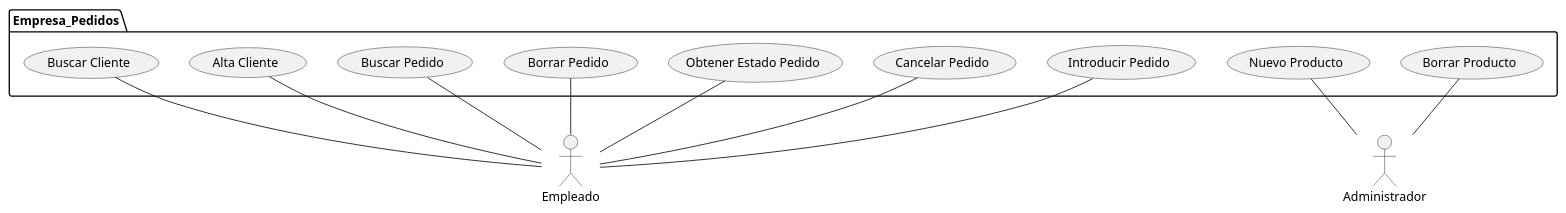
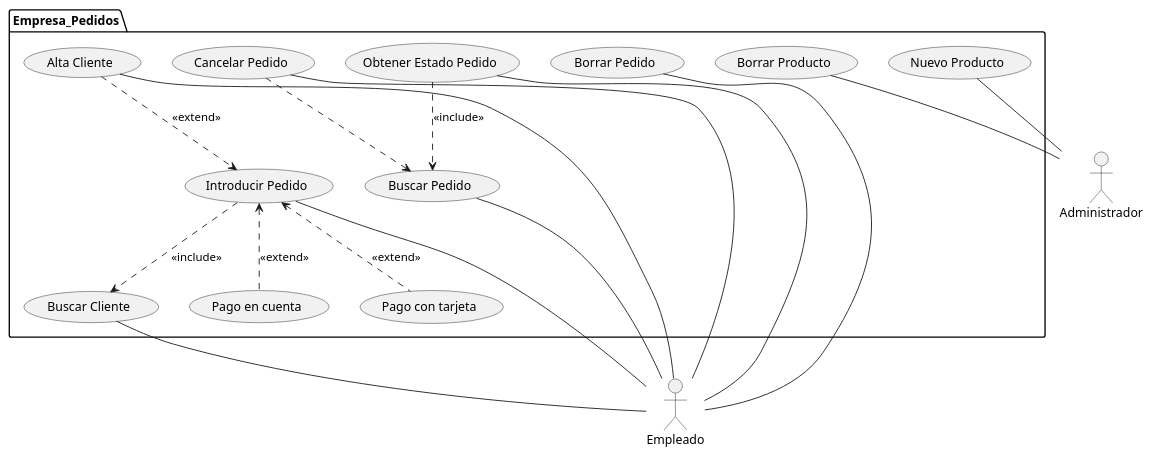
Before and after one commit to Ivandorum/CasosUML2: the diagram in Ejemplo de diagramas.puml, drawn with PlantUML.

Commit message:
Añadido las relaciones de inclusion de los diagramas

```diff
--- a/Ejemplo de diagramas.puml
+++ b/Ejemplo de diagramas.puml
@@ -1,16 +1,24 @@
 @startuml
 
 :Empleado:
 :Administrador:
 package Empresa_Pedidos {
     (Introducir Pedido) -- Empleado
     (Cancelar Pedido) -- Empleado
     (Obtener Estado Pedido) -- Empleado
     (Borrar Pedido) -- Empleado
     (Buscar Pedido) -- Empleado
     (Alta Cliente) -- Empleado
     (Buscar Cliente) -- Empleado
+
     (Nuevo Producto) -- Administrador
     (Borrar Producto) -- Administrador
+
+    (Alta Cliente) ..> (Introducir Pedido): <<extend>>
+    (Introducir Pedido)..>(Buscar Cliente):<<include>>
+    (Obtener Estado Pedido)..>(Buscar Pedido):<<include>>
+    (Cancelar Pedido) ..> (Buscar Pedido) <<include>>
+    (Introducir Pedido)<..(Pago en cuenta):<<extend>>
+    (Introducir Pedido)<..(Pago con tarjeta):<<extend>>
 }
 @enduml
```
